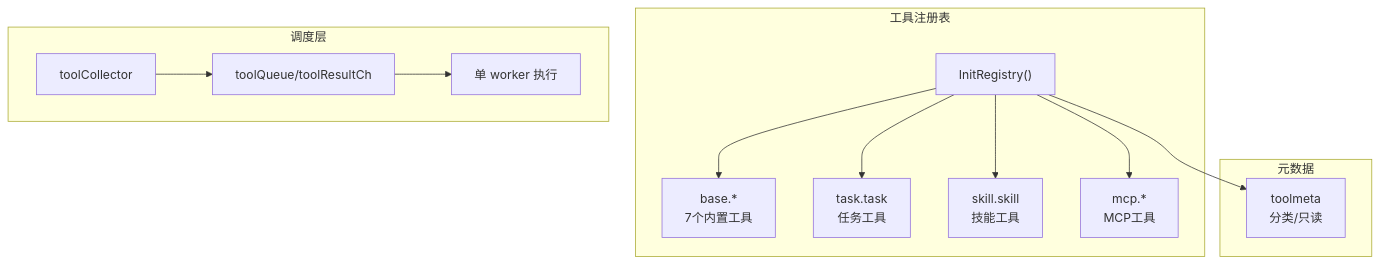
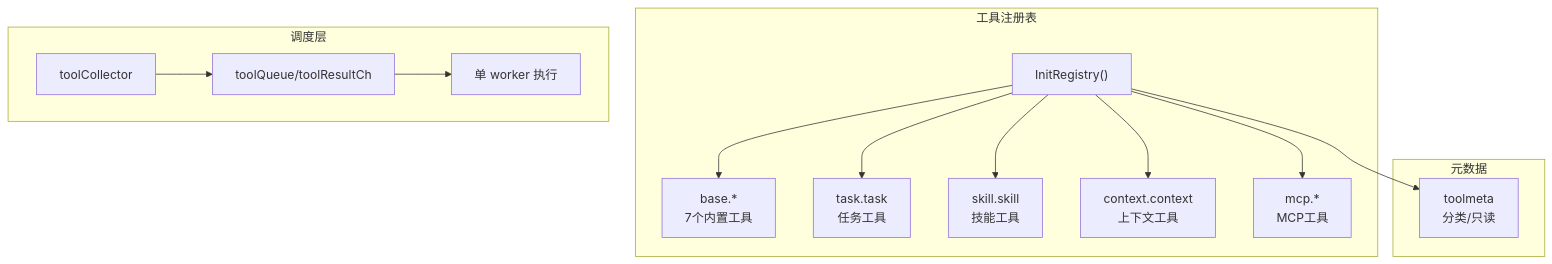
The diagram in doc/tools.md (Ozqi/5hAgent), drawn with Mermaid before and after one commit. The commit also changed other lines of this file and 50 other files, not shown here.

````diff
--- a/doc/tools.md
+++ b/doc/tools.md
@@ -5,29 +5,31 @@
 ```mermaid
 flowchart TB
     subgraph Registry["工具注册表"]
         init["InitRegistry()"]
         base["base.*<br/>7个内置工具"]
         task["task.task<br/>任务工具"]
         skill["skill.skill<br/>技能工具"]
+        context["context.context<br/>上下文工具"]
         mcp["mcp.*<br/>MCP工具"]
     end
 
     subgraph Meta["元数据"]
         tm["toolmeta<br/>分类/只读"]
     end
 
     subgraph Dispatch["调度层"]
         collect["toolCollector"]
         queue["toolQueue/toolResultCh"]
         worker["单 worker 执行"]
     end
 
     init --> base
     init --> task
     init --> skill
+    init --> context
     init --> mcp
     init --> tm
 
     collect --> queue
     queue --> worker
 ```
````
